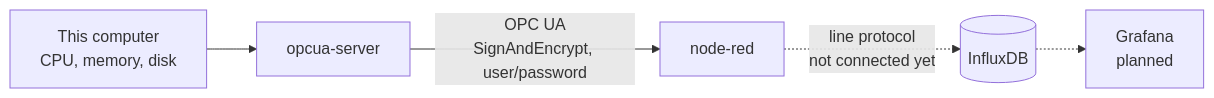
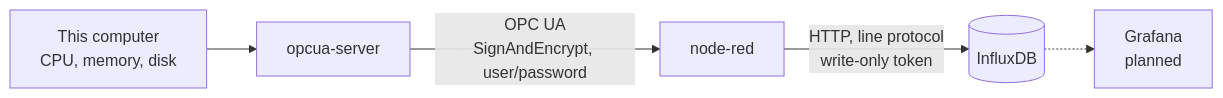
One commit to natalia-stepanov-dev/packt-iiot-opcua-data-flow changed the diagram in README.md. Above: the diagram before and after it, drawn with Mermaid. The commit also changed other lines of this file and 6 other files, not shown here.

First line of the commit message:
feat(node-red): write the data to InfluxDB

````diff
--- a/README.md
+++ b/README.md
@@ -20,7 +20,7 @@
 ```mermaid
 flowchart LR
     host["This computer<br/>CPU, memory, disk"] --> server["opcua-server"]
     server -- "OPC UA<br/>SignAndEncrypt, user/password" --> nodered["node-red"]
-    nodered -. "line protocol<br/>not connected yet" .-> db[("InfluxDB")]
+    nodered -- "HTTP, line protocol<br/>write-only token" --> db[("InfluxDB")]
     db -.-> grafana["Grafana<br/>planned"]
 ```
````
